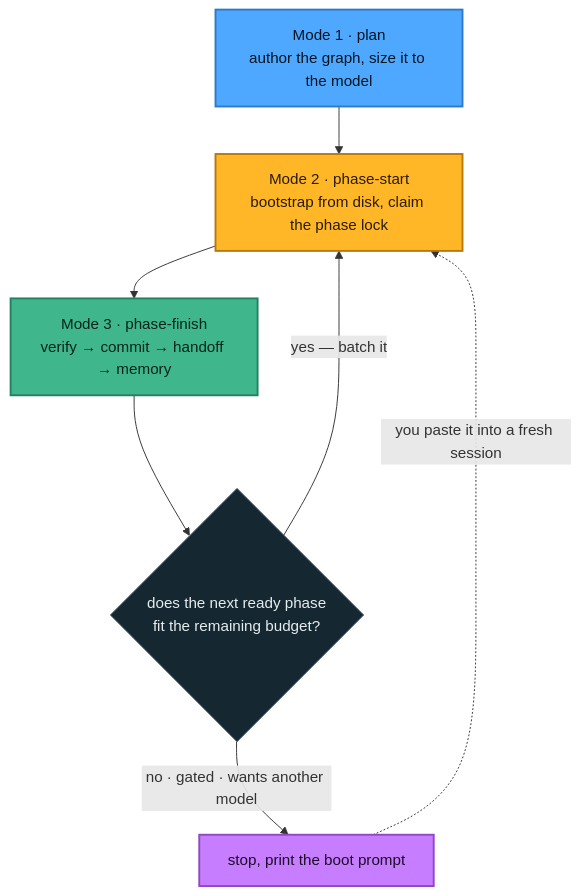
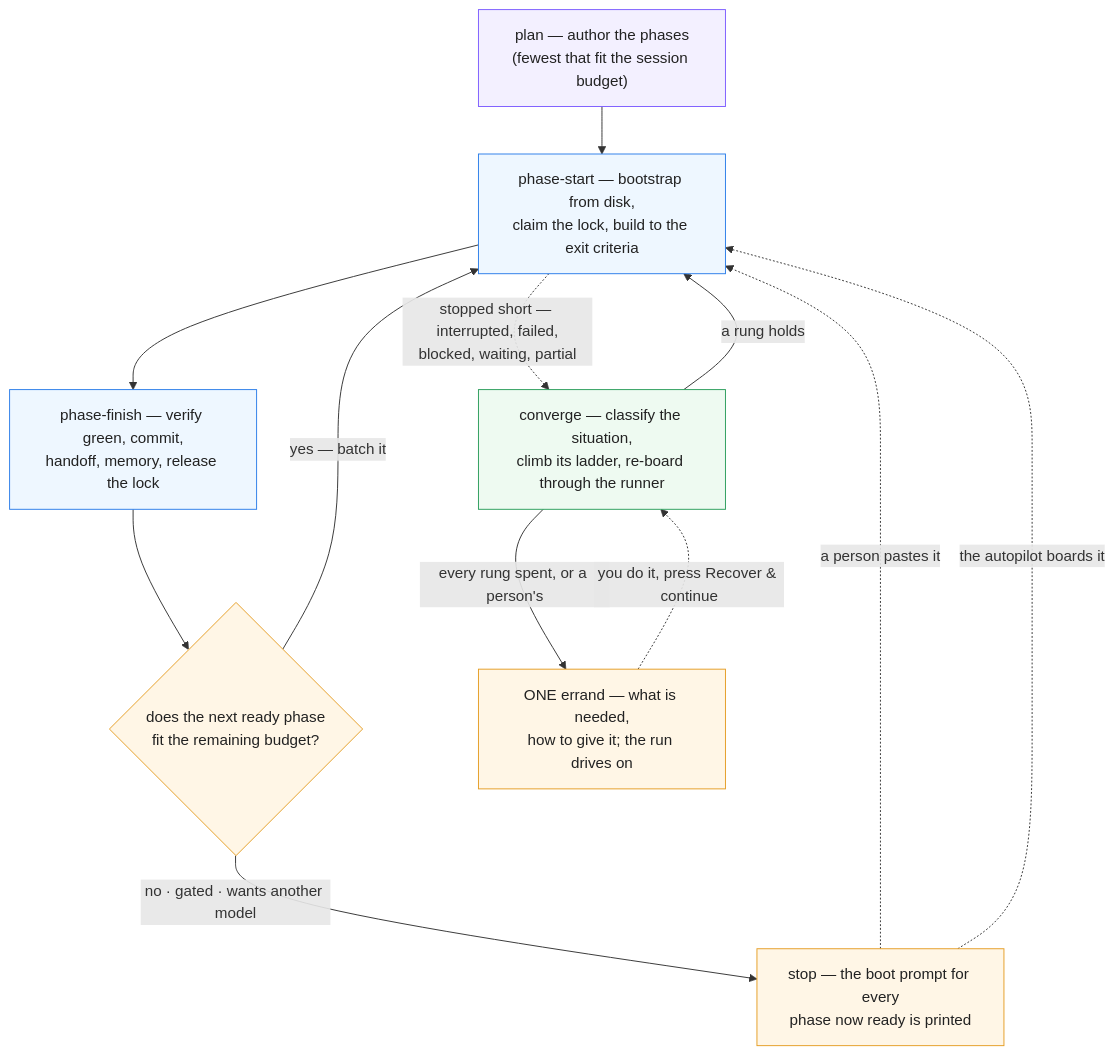
Before and after one commit to zsarir/phased-execution: the diagram in docs/loop.md, drawn with Mermaid. The commit also changed other lines of this file and 52 other files, not shown here.

````diff
--- a/docs/loop.md
+++ b/docs/loop.md
@@ -6,21 +18,22 @@
 ```mermaid
 flowchart TD
-    A["Mode 1 · plan<br/>author the graph, size it to the model"] --> B["Mode 2 · phase-start<br/>bootstrap from disk, claim the phase lock"]
-    B --> C["Mode 3 · phase-finish<br/>verify → commit → handoff → memory"]
+    A["plan — author the phases<br/>(fewest that fit the session budget)"] --> B["phase-start — bootstrap from disk,<br/>claim the lock, build to the exit criteria"]
+    B --> C["phase-finish — verify green, commit,<br/>handoff, memory, release the lock"]
     C --> D{"does the next ready phase<br/>fit the remaining budget?"}
     D -->|"yes — batch it"| B
-    D -->|"no · gated · wants another model"| E["stop, print the boot prompt"]
-    E -.->|"you paste it into a fresh session"| B
-
+    D -->|"no · gated · wants another model"| E["stop — the boot prompt for every<br/>phase now ready is printed"]
+    E -.->|"a person pastes it"| B
+    E -.->|"the autopilot boards it"| B
+    B -.->|"stopped short — interrupted, failed,<br/>blocked, waiting, partial"| F["converge — classify the situation,<br/>climb its ladder, re-board through the runner"]
+    F -->|"a rung holds"| B
+    F -->|"every rung spent, or a person's"| G["ONE errand — what is needed,<br/>how to give it; the run drives on"]
+    G -.->|"you do it, press Recover & continue"| F
+    classDef plan fill:#f3f0ff,stroke:#7c5cff,color:#222
+    classDef run fill:#eef7ff,stroke:#2b7de9,color:#222
+    classDef stop fill:#fff6e6,stroke:#e59d24,color:#222
+    classDef auto fill:#eefaf1,stroke:#2a9d5b,color:#222
     class A plan
-    class B start
-    class C finish
-    class D q
-    class E stop
-
-    classDef plan fill:#4FA8FF,stroke:#2B7BC9,color:#04131F,stroke-width:2px
-    classDef start fill:#FFB627,stroke:#B8790C,color:#2A1C00,stroke-width:2px
-    classDef finish fill:#3FB68B,stroke:#248063,color:#06251A,stroke-width:2px
-    classDef q fill:#152730,stroke:#3A5560,color:#E6EDF0,stroke-width:1px
-    classDef stop fill:#C77DFF,stroke:#9147C4,color:#1B0A26,stroke-width:2px
+    class B,C run
+    class D,E,G stop
+    class F auto
 ```
````
